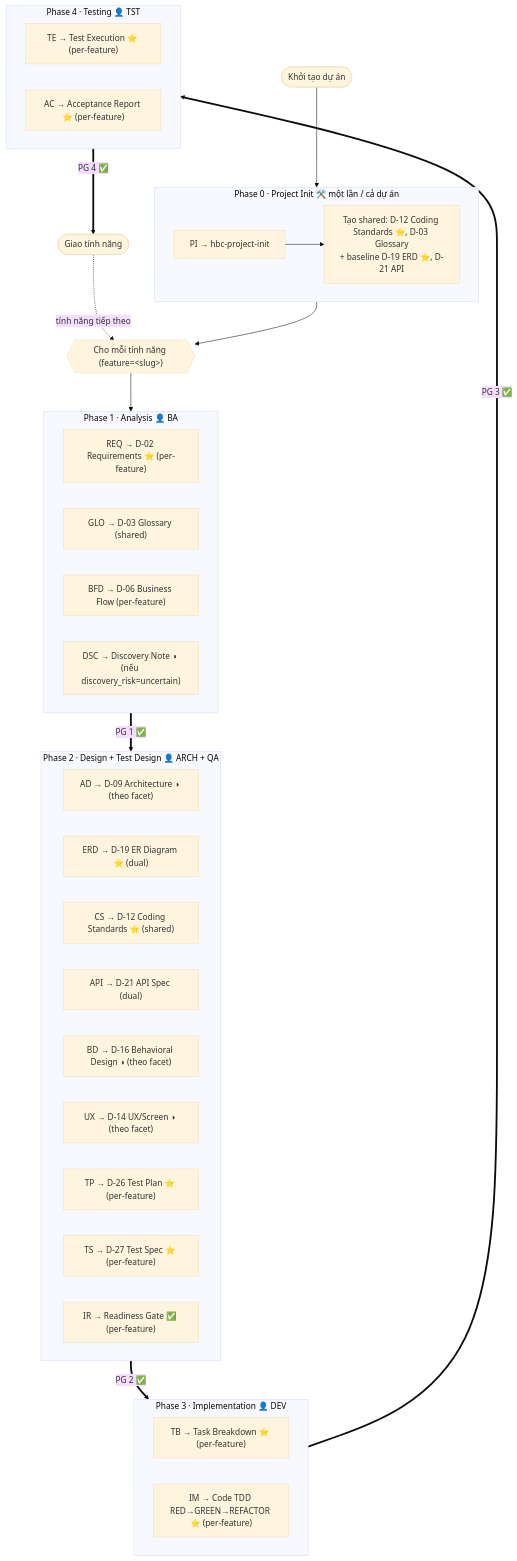
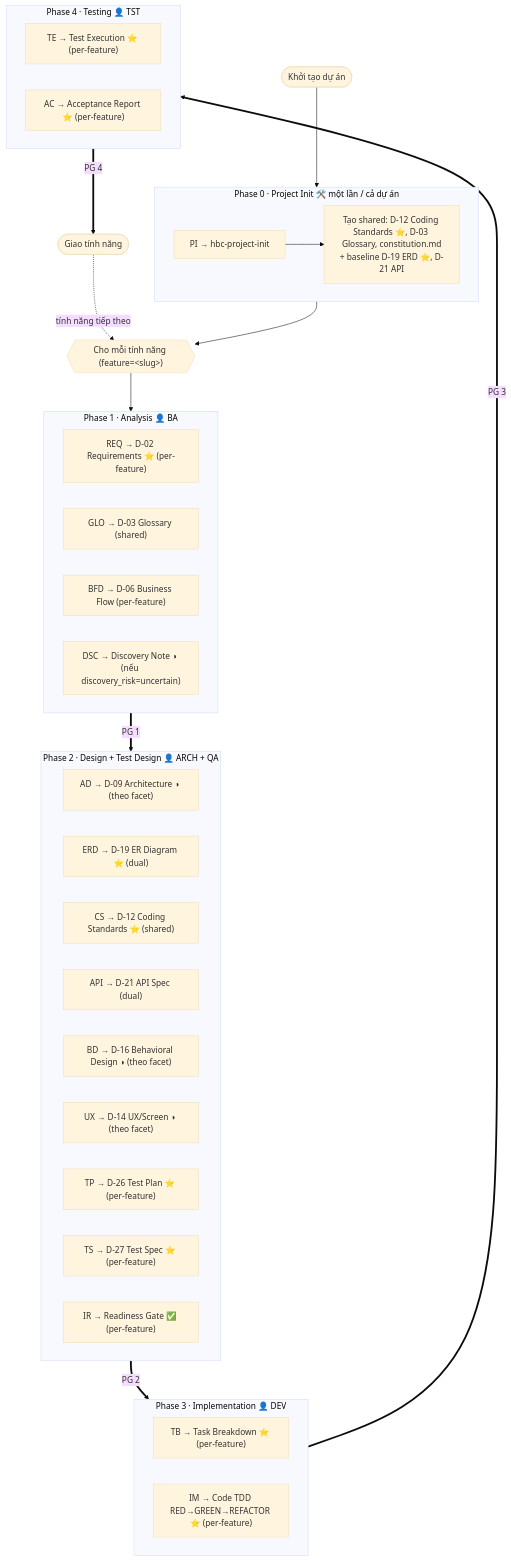
The first of 2 diagrams in docs/vi/tutorials/workflow-map.md (hanh9898/waterfall-bmad-method), drawn with Mermaid (base theme) before and after one commit. The commit also changed other lines of this file and 7 other files, not shown here.

````diff
--- a/docs/vi/tutorials/workflow-map.md
+++ b/docs/vi/tutorials/workflow-map.md
@@ -17,49 +17,49 @@
 ```mermaid
 flowchart TD
     INIT([Khởi tạo dự án]) --> P0
 
     subgraph P0["Phase 0 · Project Init 🛠️ một lần / cả dự án"]
         PI["PI → hbc-project-init"]
-        PISHARED["Tạo shared: D-12 Coding Standards ⭐, D-03 Glossary<br/>+ baseline D-19 ERD ⭐, D-21 API"]
+        PISHARED["Tạo shared: D-12 Coding Standards ⭐, D-03 Glossary, constitution.md<br/>+ baseline D-19 ERD ⭐, D-21 API"]
         PI --> PISHARED
     end
 
     P0 --> LOOP{{"Cho mỗi tính năng (feature=&lt;slug&gt;)"}}
 
     LOOP --> P1
 
     subgraph P1["Phase 1 · Analysis 👤 BA"]
         REQ["REQ → D-02 Requirements ⭐ (per-feature)"]
         GLO["GLO → D-03 Glossary (shared)"]
         BFD["BFD → D-06 Business Flow (per-feature)"]
         DSC["DSC → Discovery Note ◑ (nếu discovery_risk=uncertain)"]
     end
 
     subgraph P2["Phase 2 · Design + Test Design 👤 ARCH + QA"]
         AD["AD → D-09 Architecture ◑ (theo facet)"]
         ERD["ERD → D-19 ER Diagram ⭐ (dual)"]
         CS["CS → D-12 Coding Standards ⭐ (shared)"]
         API["API → D-21 API Spec (dual)"]
         BD["BD → D-16 Behavioral Design ◑ (theo facet)"]
         UX["UX → D-14 UX/Screen ◑ (theo facet)"]
         TP["TP → D-26 Test Plan ⭐ (per-feature)"]
         TS["TS → D-27 Test Spec ⭐ (per-feature)"]
         IR["IR → Readiness Gate ✅ (per-feature)"]
     end
 
     subgraph P3["Phase 3 · Implementation 👤 DEV"]
         TB["TB → Task Breakdown ⭐ (per-feature)"]
         IM["IM → Code TDD RED→GREEN→REFACTOR ⭐ (per-feature)"]
     end
 
     subgraph P4["Phase 4 · Testing 👤 TST"]
         TE["TE → Test Execution ⭐ (per-feature)"]
         AC["AC → Acceptance Report ⭐ (per-feature)"]
     end
 
-    P1 ==>|PG 1 ✅| P2
-    P2 ==>|PG 2 ✅| P3
-    P3 ==>|PG 3 ✅| P4
-    P4 ==>|PG 4 ✅| SHIP([Giao tính năng])
+    P1 ==>|PG 1| P2
+    P2 ==>|PG 2| P3
+    P3 ==>|PG 3| P4
+    P4 ==>|PG 4| SHIP([Giao tính năng])
     SHIP -.->|tính năng tiếp theo| LOOP
 ```
````
